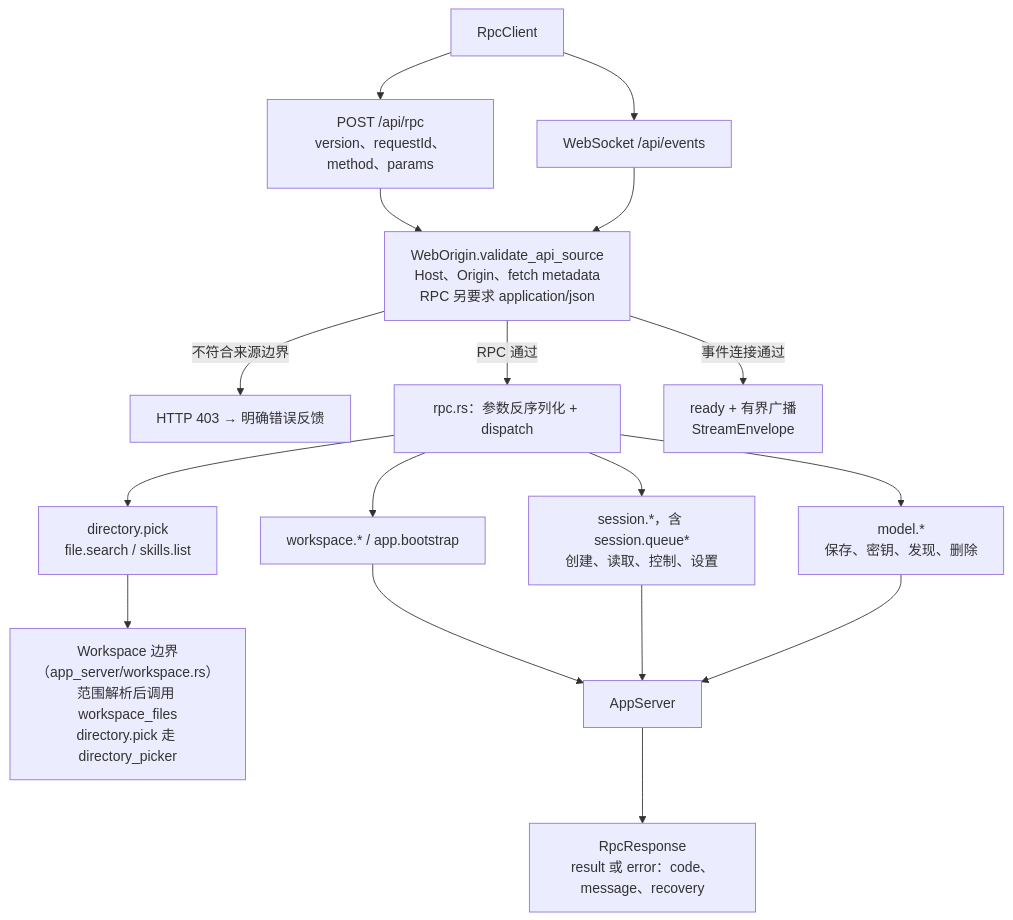
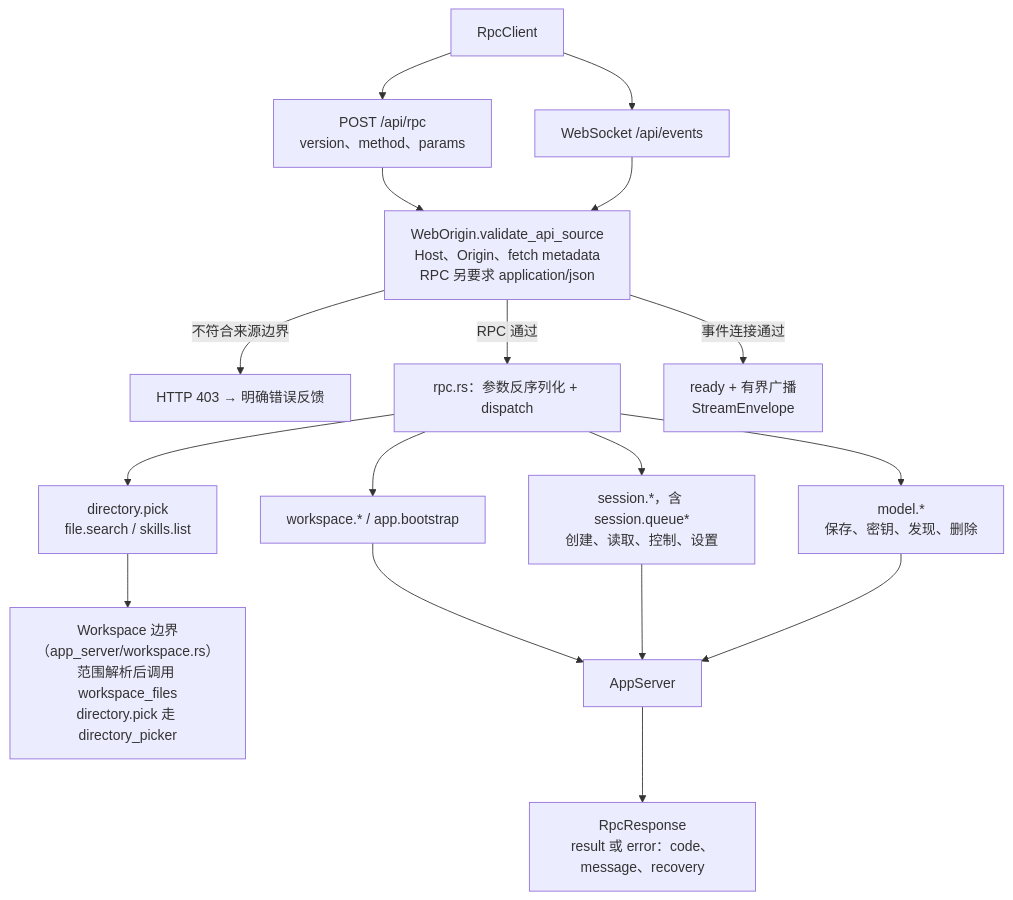
One commit to qjcnmd/singularity-agent changed the ninth of 29 diagrams in docs/architecture.md. Above: the diagram before and after it, drawn with Mermaid. The commit also changed other lines of this file and 27 other files, not shown here.

````diff
--- a/docs/architecture.md
+++ b/docs/architecture.md
@@ -244,19 +244,19 @@
 ```mermaid
 flowchart TB
-    Browser["RpcClient"] --> RPC["POST /api/rpc<br/>version、requestId、method、params"]
+    Browser["RpcClient"] --> RPC["POST /api/rpc<br/>version、method、params"]
     Browser --> WS["WebSocket /api/events"]
     RPC --> Origin["WebOrigin.validate_api_source<br/>Host、Origin、fetch metadata<br/>RPC 另要求 application/json"]
     WS --> Origin
     Origin -->|"不符合来源边界"| Forbidden["HTTP 403 → 明确错误反馈"]
     Origin -->|"RPC 通过"| Dispatch["rpc.rs：参数反序列化 + dispatch"]
     Dispatch --> Files["directory.pick<br/>file.search / skills.list"]
     Dispatch --> Projects["workspace.* / app.bootstrap"]
     Dispatch --> Sessions["session.*，含 session.queue*<br/>创建、读取、控制、设置"]
     Dispatch --> Models["model.*<br/>保存、密钥、发现、删除"]
     Files --> FileAdapter["Workspace 边界（app_server/workspace.rs）<br/>范围解析后调用 workspace_files<br/>directory.pick 走 directory_picker"]
     Projects --> WB["AppServer"]
     Sessions --> WB
     Models --> WB
     WB --> Receipt["RpcResponse<br/>result 或 error：code、message、recovery"]
     Origin -->|"事件连接通过"| Broadcast["ready + 有界广播<br/>StreamEnvelope"]
 ```
````
